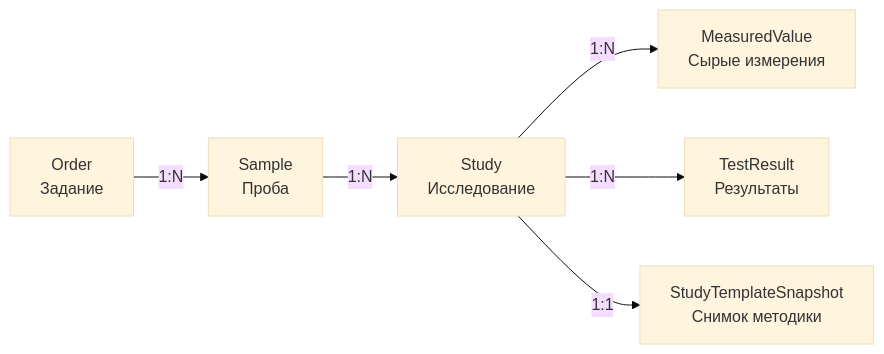
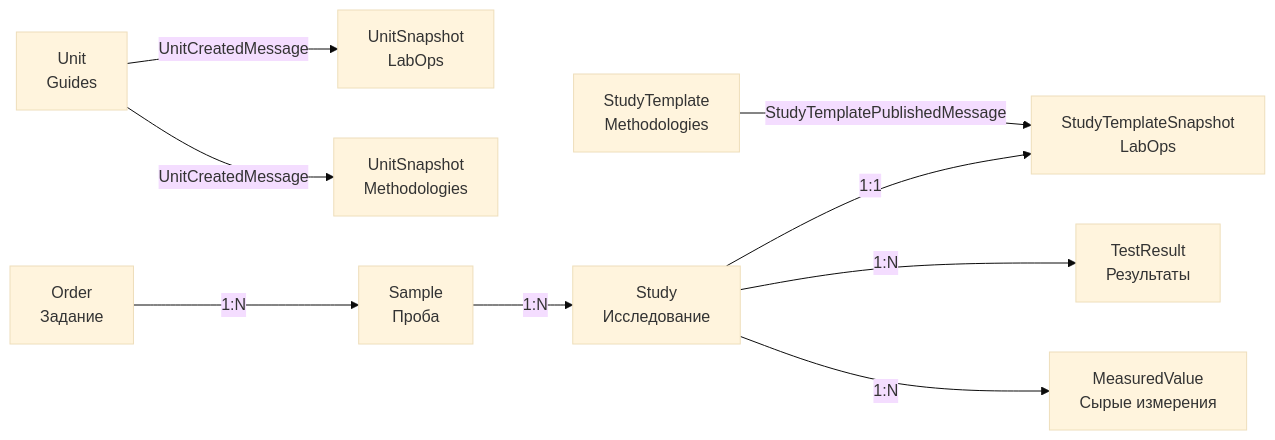
Before and after one commit to SaintEfim/LIMS.DDD: the fifth of 7 diagrams in README.md, drawn with Mermaid (base theme). The commit also changed other lines of this file and 1 other file, not shown here.

````diff
--- a/README.md
+++ b/README.md
@@ -391,10 +415,14 @@
 ```mermaid
 flowchart LR
+    G[Unit<br/>Guides] -->|UnitCreatedMessage| U1[UnitSnapshot<br/>Methodologies]
+    G -->|UnitCreatedMessage| U2[UnitSnapshot<br/>LabOps]
+
+    M[StudyTemplate<br/>Methodologies] -->|StudyTemplatePublishedMessage| S[StudyTemplateSnapshot<br/>LabOps]
+
     A[Order<br/>Задание] -->|1:N| B[Sample<br/>Проба]
     B -->|1:N| C[Study<br/>Исследование]
 
     C -->|1:N| D[MeasuredValue<br/>Сырые измерения]
     C -->|1:N| E[TestResult<br/>Результаты]
-
-    C -->|1:1| S[StudyTemplateSnapshot<br/>Снимок методики]
+    C -->|1:1| S
 ```
````
